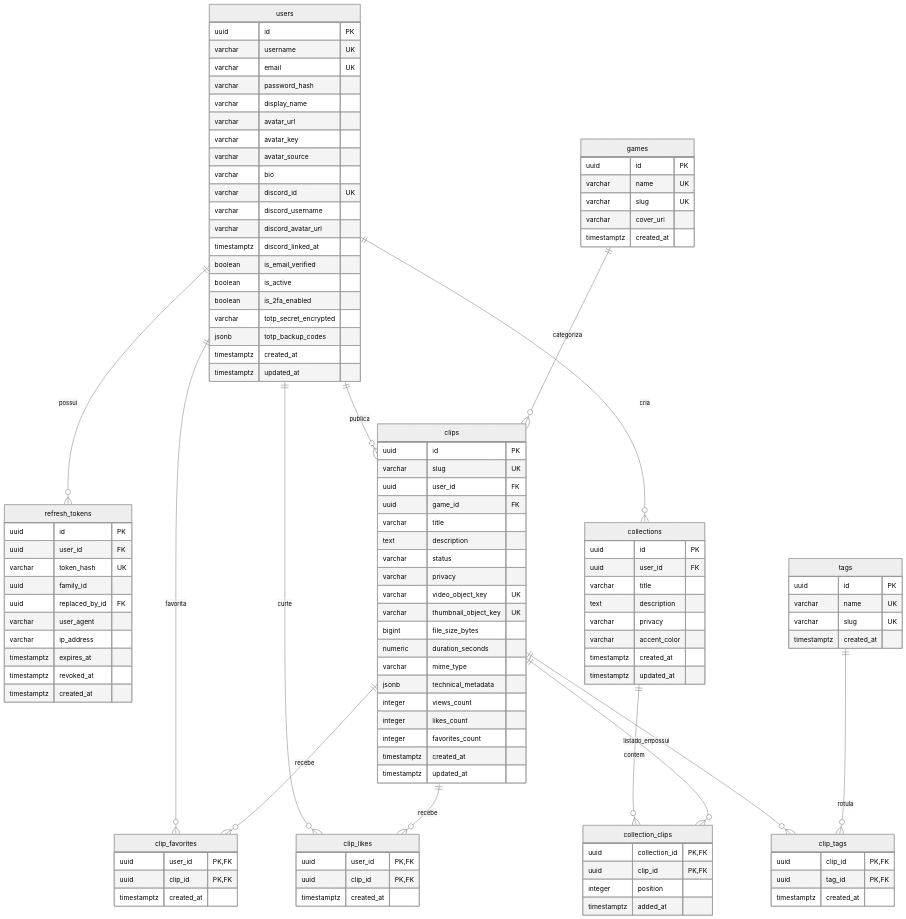
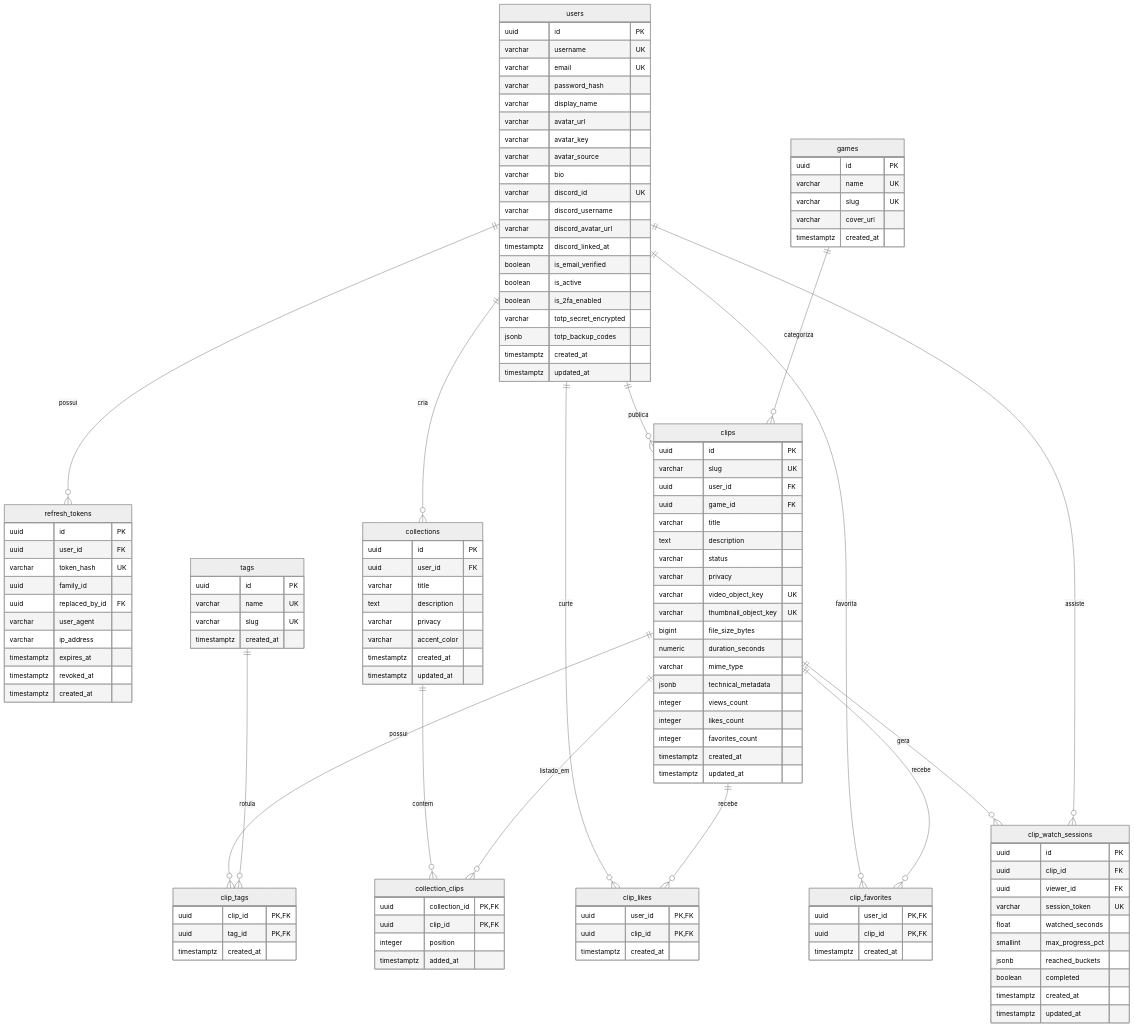
One commit to Davi-PF/clipai-api changed the diagram in docs/DATABASE.md. Above: the diagram before and after it, drawn with Mermaid (neutral theme). The commit also changed other lines of this file and 1 other file, not shown here.

Commit message:
docs(api): document clip_watch_sessions, telemetry and creator analytics endpoints

````diff
--- a/docs/DATABASE.md
+++ b/docs/DATABASE.md
@@ -32,6 +32,8 @@
 
     clips ||--o{ clip_likes : "recebe"
     clips ||--o{ clip_favorites : "recebe"
+    clips ||--o{ clip_watch_sessions : "gera"
+    users ||--o{ clip_watch_sessions : "assiste"
 
     users {
         uuid id PK
@@ -141,4 +143,17 @@
         uuid clip_id PK, FK
         timestamptz created_at
     }
+
+    clip_watch_sessions {
+        uuid id PK
+        uuid clip_id FK
+        uuid viewer_id FK
+        varchar session_token UK
+        float watched_seconds
+        smallint max_progress_pct
+        jsonb reached_buckets
+        boolean completed
+        timestamptz created_at
+        timestamptz updated_at
+    }
 ```
````
